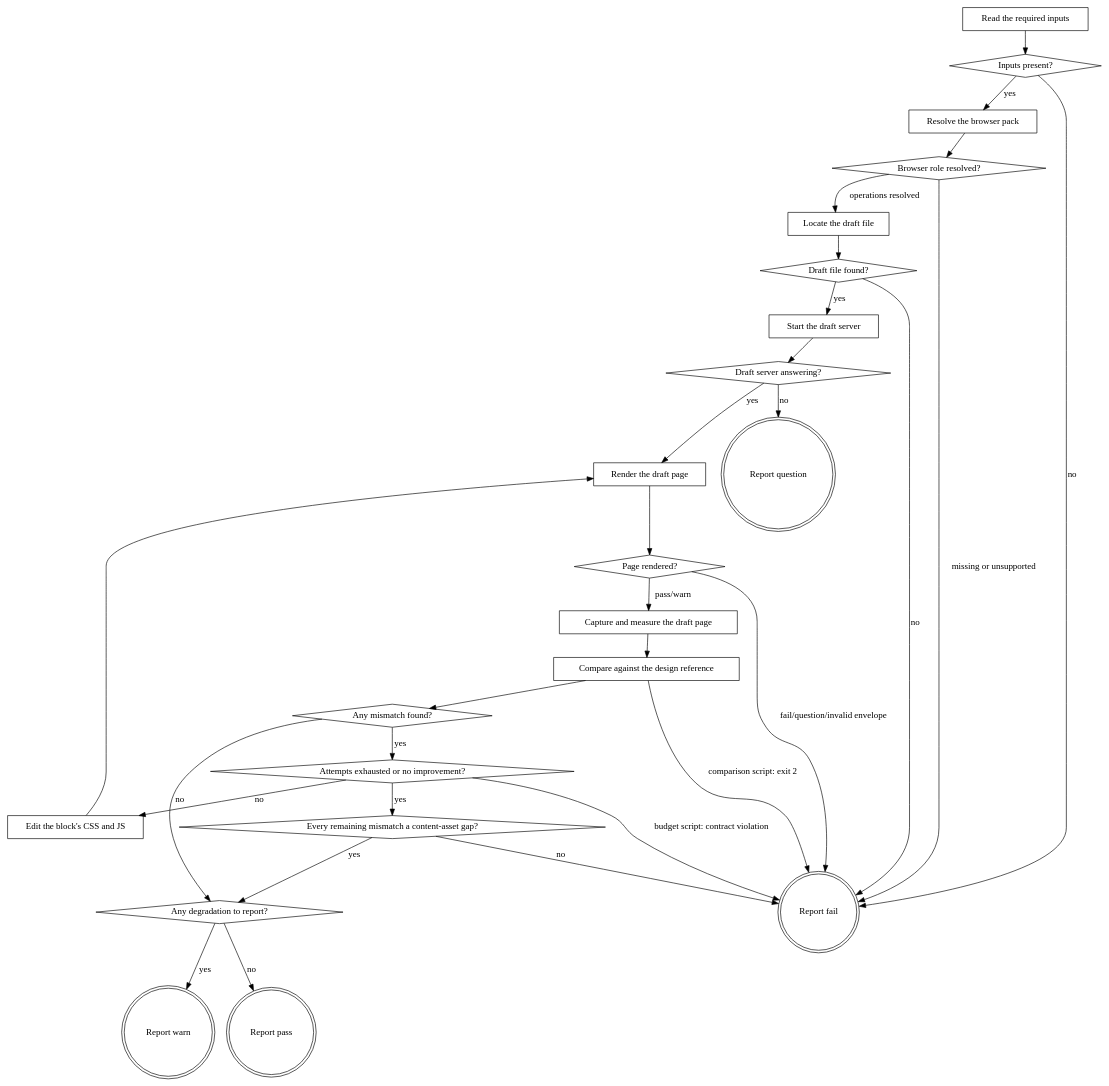
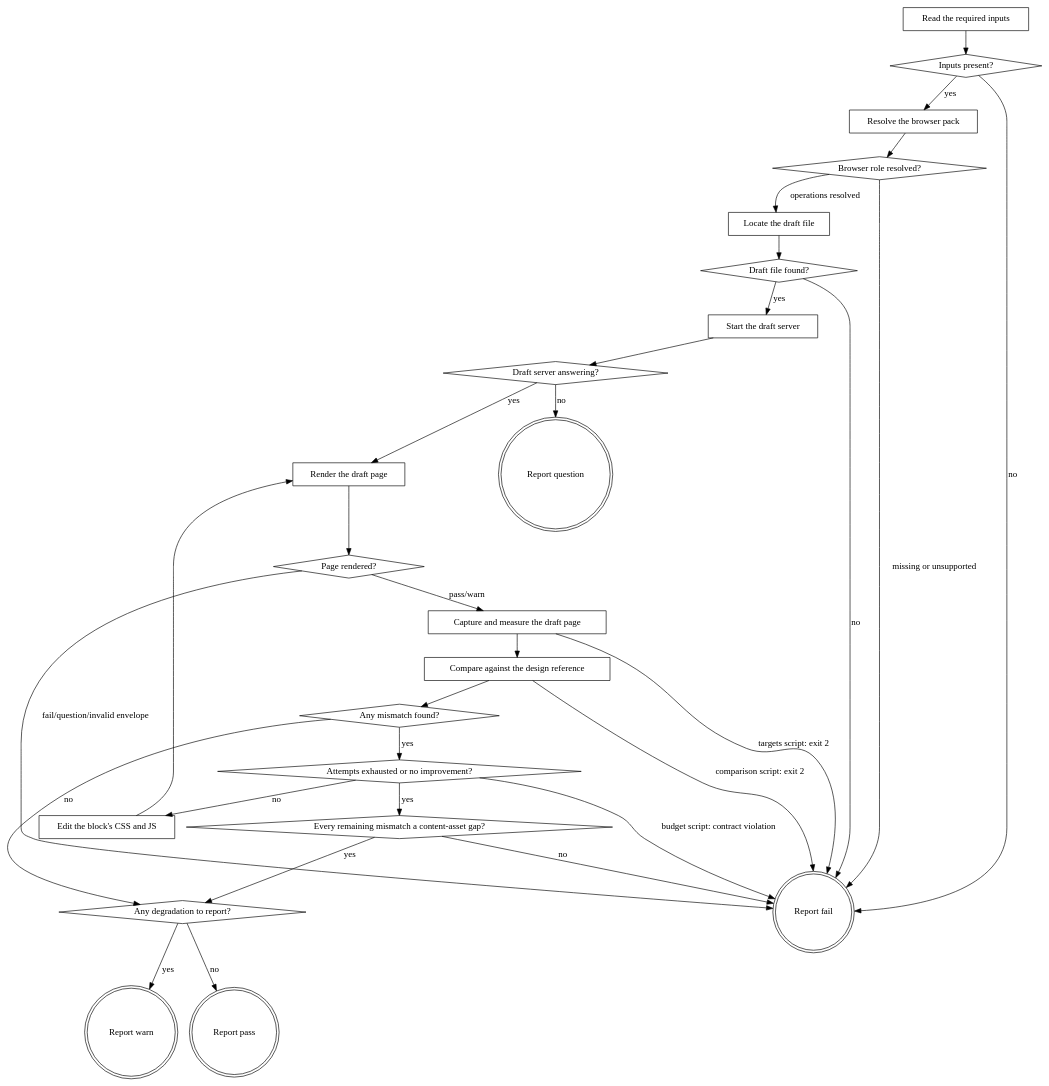
Before and after one commit to agenticDraft/aem-eds-ai-workflow-demo: the diagram in plugins/eds/skills/eds-verify-design/SKILL.md, drawn with Graphviz. The commit also changed other lines of this file and 3 other files, not shown here.

````diff
--- a/plugins/eds/skills/eds-verify-design/SKILL.md
+++ b/plugins/eds/skills/eds-verify-design/SKILL.md
@@ -53,54 +55,55 @@
 ```dot
 digraph eds_verify_design {
     "Read the required inputs" [shape=box];
     "Inputs present?" [shape=diamond];
     "Resolve the browser pack" [shape=box];
     "Browser role resolved?" [shape=diamond];
     "Locate the draft file" [shape=box];
     "Draft file found?" [shape=diamond];
     "Start the draft server" [shape=box];
     "Draft server answering?" [shape=diamond];
     "Render the draft page" [shape=box];
     "Page rendered?" [shape=diamond];
     "Capture and measure the draft page" [shape=box];
     "Compare against the design reference" [shape=box];
     "Any mismatch found?" [shape=diamond];
     "Attempts exhausted or no improvement?" [shape=diamond];
     "Every remaining mismatch a content-asset gap?" [shape=diamond];
     "Edit the block's CSS and JS" [shape=box];
     "Any degradation to report?" [shape=diamond];
     "Report fail" [shape=doublecircle];
     "Report question" [shape=doublecircle];
     "Report warn" [shape=doublecircle];
     "Report pass" [shape=doublecircle];
 
     "Read the required inputs" -> "Inputs present?";
     "Inputs present?" -> "Resolve the browser pack" [label="yes"];
     "Inputs present?" -> "Report fail" [label="no"];
     "Resolve the browser pack" -> "Browser role resolved?";
     "Browser role resolved?" -> "Locate the draft file" [label="operations resolved"];
     "Browser role resolved?" -> "Report fail" [label="missing or unsupported"];
     "Locate the draft file" -> "Draft file found?";
     "Draft file found?" -> "Start the draft server" [label="yes"];
     "Draft file found?" -> "Report fail" [label="no"];
     "Start the draft server" -> "Draft server answering?";
     "Draft server answering?" -> "Render the draft page" [label="yes"];
     "Draft server answering?" -> "Report question" [label="no"];
     "Render the draft page" -> "Page rendered?";
     "Page rendered?" -> "Capture and measure the draft page" [label="pass/warn"];
     "Page rendered?" -> "Report fail" [label="fail/question/invalid envelope"];
     "Capture and measure the draft page" -> "Compare against the design reference";
+    "Capture and measure the draft page" -> "Report fail" [label="targets script: exit 2"];
     "Compare against the design reference" -> "Any mismatch found?";
     "Compare against the design reference" -> "Report fail" [label="comparison script: exit 2"];
     "Any mismatch found?" -> "Any degradation to report?" [label="no"];
     "Any mismatch found?" -> "Attempts exhausted or no improvement?" [label="yes"];
     "Attempts exhausted or no improvement?" -> "Every remaining mismatch a content-asset gap?" [label="yes"];
     "Attempts exhausted or no improvement?" -> "Edit the block's CSS and JS" [label="no"];
     "Attempts exhausted or no improvement?" -> "Report fail" [label="budget script: contract violation"];
     "Every remaining mismatch a content-asset gap?" -> "Any degradation to report?" [label="yes"];
     "Every remaining mismatch a content-asset gap?" -> "Report fail" [label="no"];
     "Edit the block's CSS and JS" -> "Render the draft page";
     "Any degradation to report?" -> "Report warn" [label="yes"];
     "Any degradation to report?" -> "Report pass" [label="no"];
 }
 ```
````
